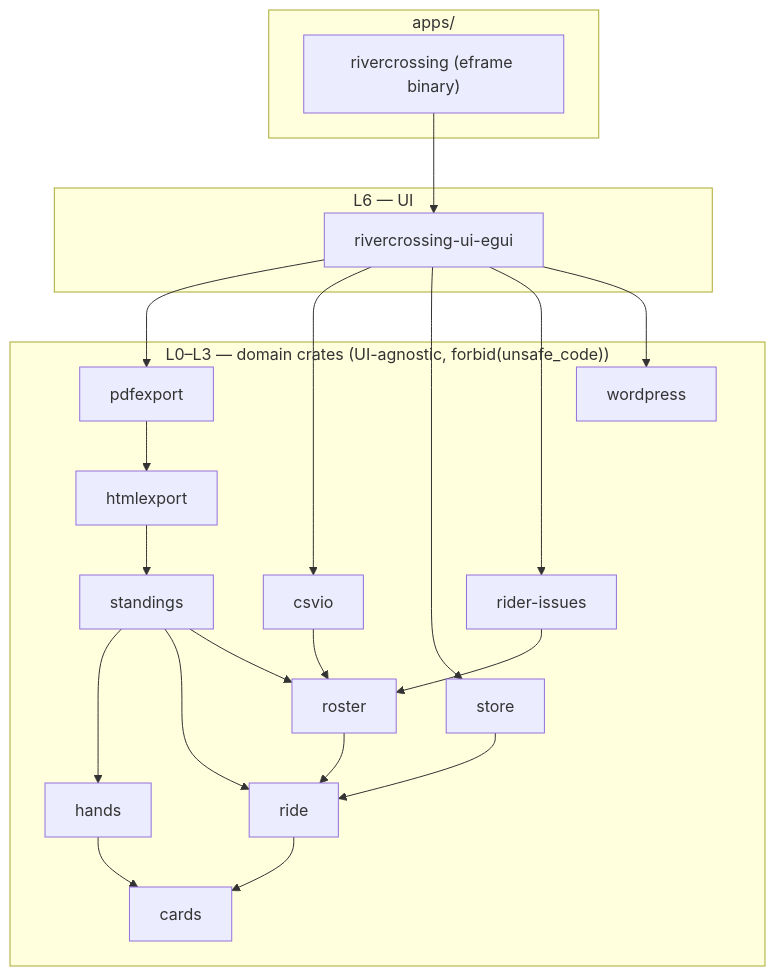
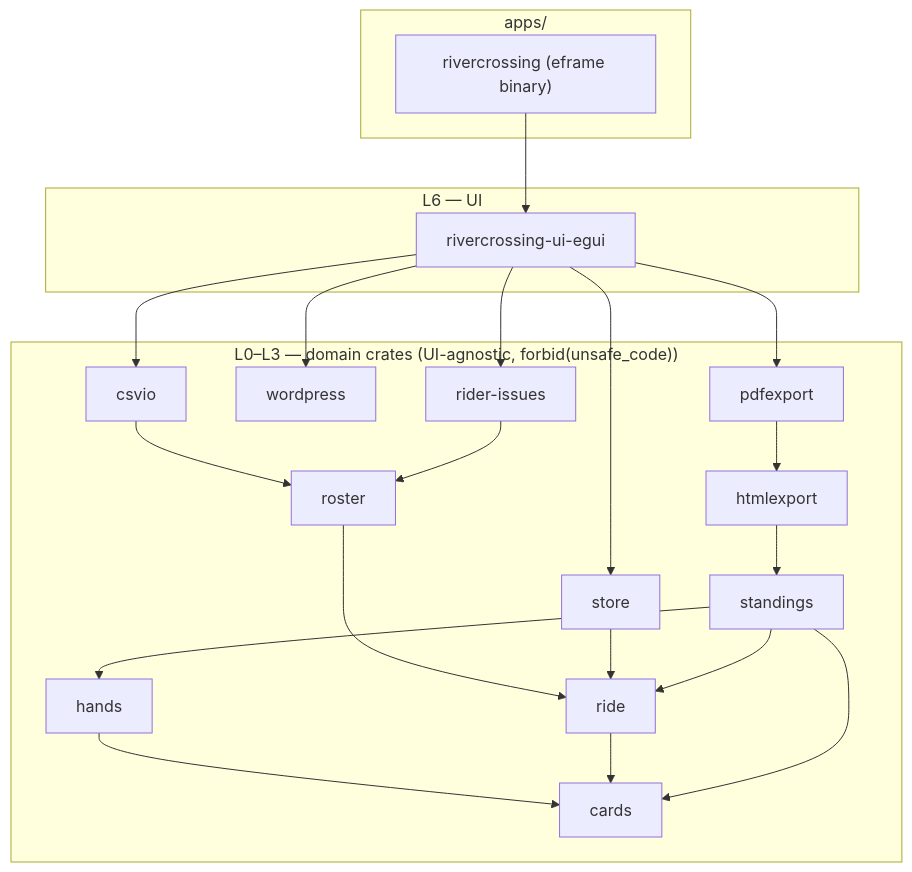
One commit to mbuckaway/rivercrossing-rs changed the third of 5 diagrams in design/docs-md/architecture.md. Above: the diagram before and after it, drawn with Mermaid. The commit also changed 4 other files, not shown here.

````diff
--- a/design/docs-md/architecture.md
+++ b/design/docs-md/architecture.md
@@ -59,24 +59,24 @@
 ```mermaid
 flowchart TB
     subgraph apps["apps/"]
         bin["rivercrossing (eframe binary)"]
     end
     subgraph L6["L6 — UI"]
         ui["rivercrossing-ui-egui"]
     end
     subgraph domain["L0–L3 — domain crates (UI-agnostic, forbid(unsafe_code))"]
         pdf["pdfexport"] --> html["htmlexport"] --> standings["standings"] --> hands["hands"] --> cards["cards"]
         wp["wordpress"]
         csv["csvio"] --> roster["roster"] --> ride["ride"] --> cards
         store["store"] --> ride
         issues["rider-issues"] --> roster
         standings --> ride
-        standings --> roster
+        standings --> cards
     end
     ui --> pdf
     ui --> csv
     ui --> store
     ui --> issues
     ui --> wp
     bin --> ui
 ```
````
